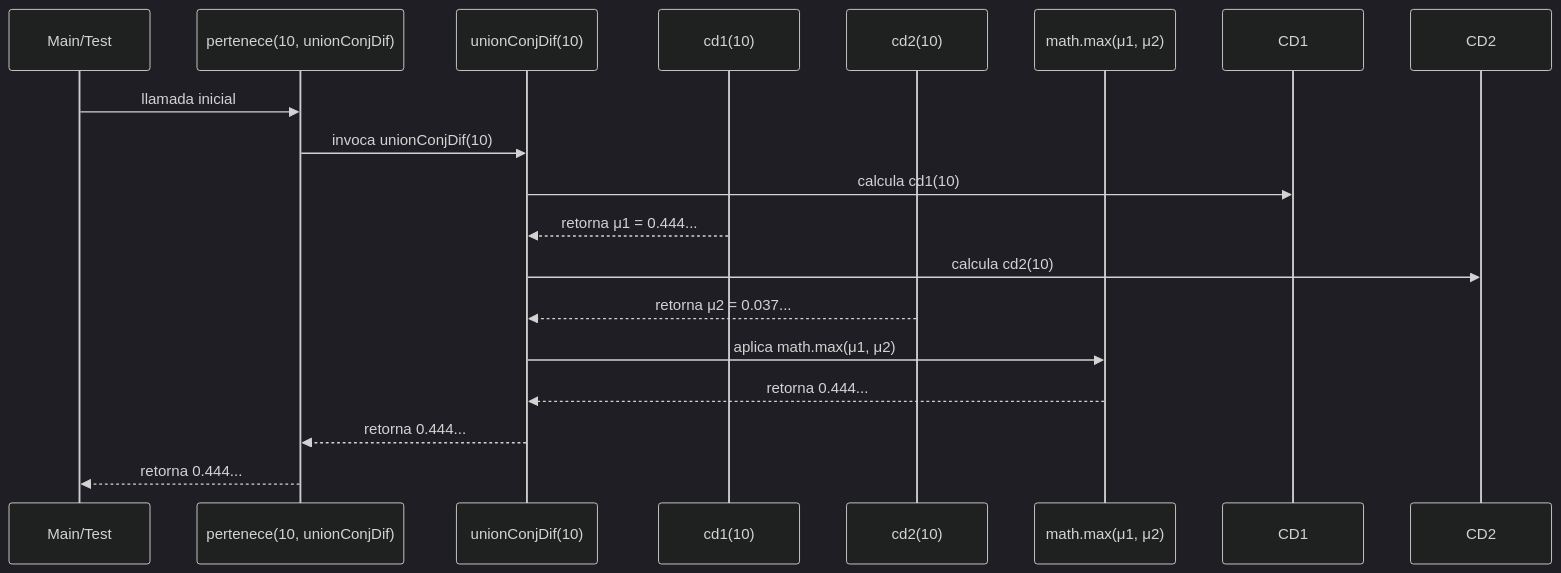
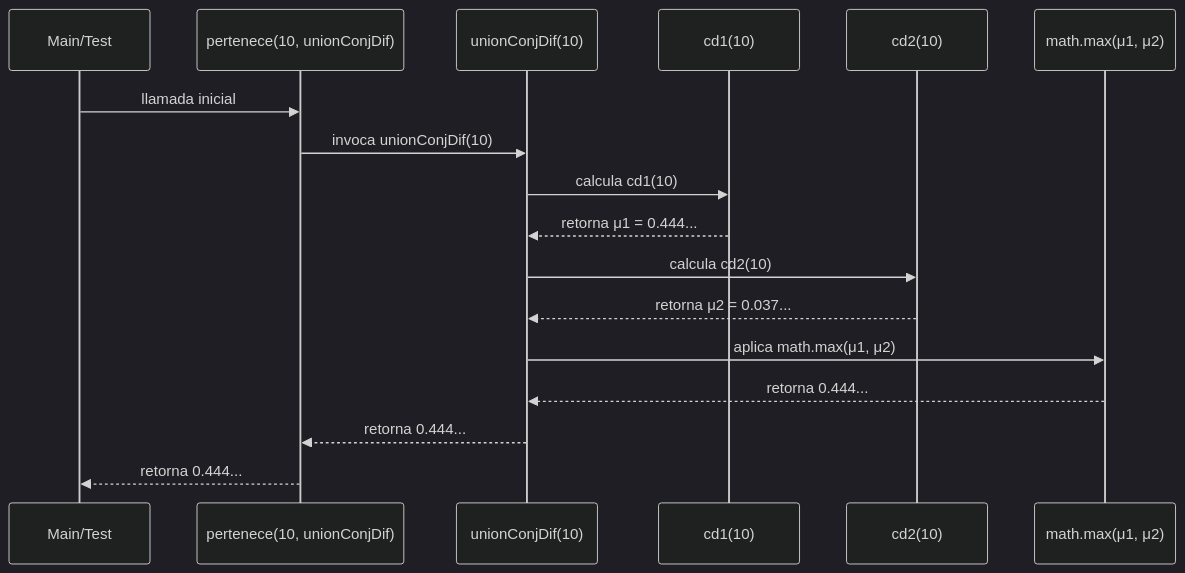
The diagram in docs/ProcesoUnion.md (2025-II-PFC-FLP/taller-2-pfc-2025-ii-taller-2-pfc-1), drawn with Mermaid (dark theme) before and after one commit.

Commit message:
improvement on ProcesoUnion.md mermaid diagram

````diff
--- a/docs/ProcesoUnion.md
+++ b/docs/ProcesoUnion.md
@@ -111,20 +111,20 @@
 ```mermaid
 sequenceDiagram
     participant Main as Main/Test
     participant P as pertenece(10, unionConjDif)
     participant U as unionConjDif(10)
     participant C1 as cd1(10)
     participant C2 as cd2(10)
     participant Max as math.max(μ1, μ2)
 
     Main->>P: llamada inicial
     P->>U: invoca unionConjDif(10)
-    U->>CD1: calcula cd1(10)
+    U->>C1: calcula cd1(10)
     C1-->>U: retorna μ1 = 0.444...
-    U->>CD2: calcula cd2(10)
+    U->>C2: calcula cd2(10)
     C2-->>U: retorna μ2 = 0.037...
     U->>Max: aplica math.max(μ1, μ2)
     Max-->>U: retorna 0.444...
     U-->>P: retorna 0.444...
-    P-->>Main: retorna 0.444...
+    P-->>Main: retorna 0.444... 
 ```
````
